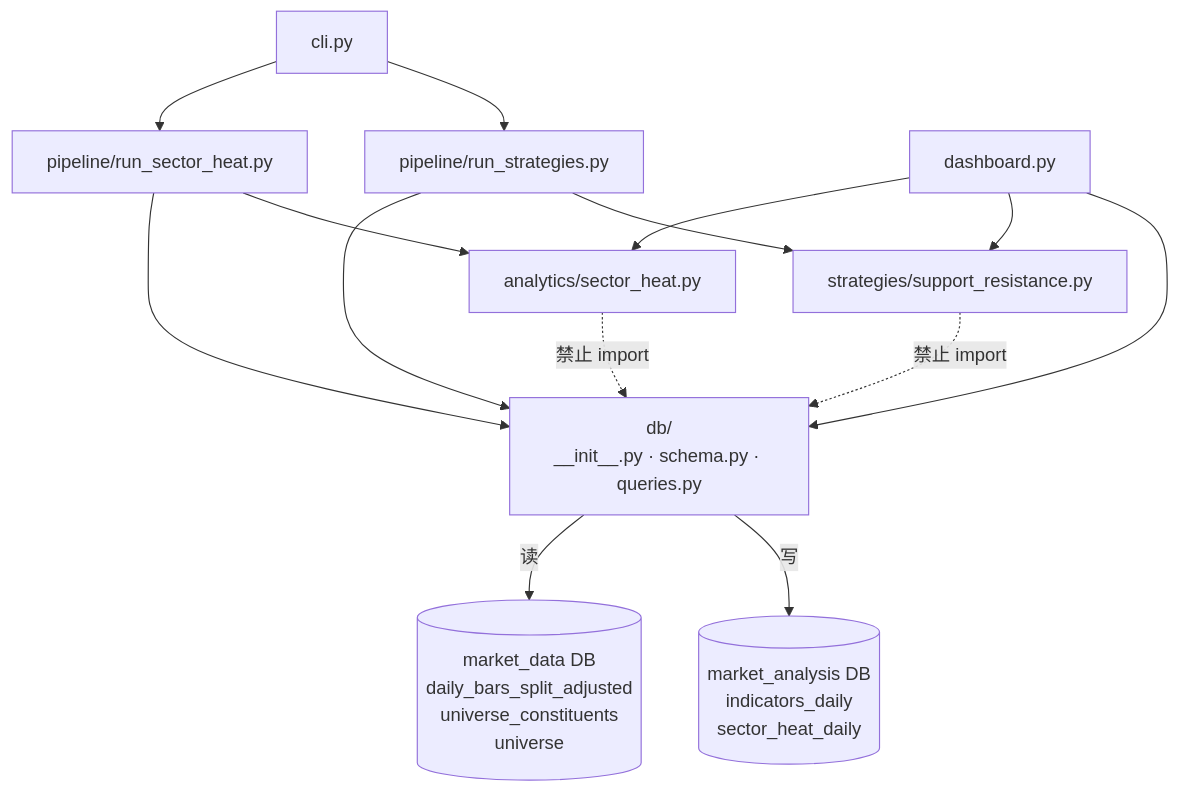
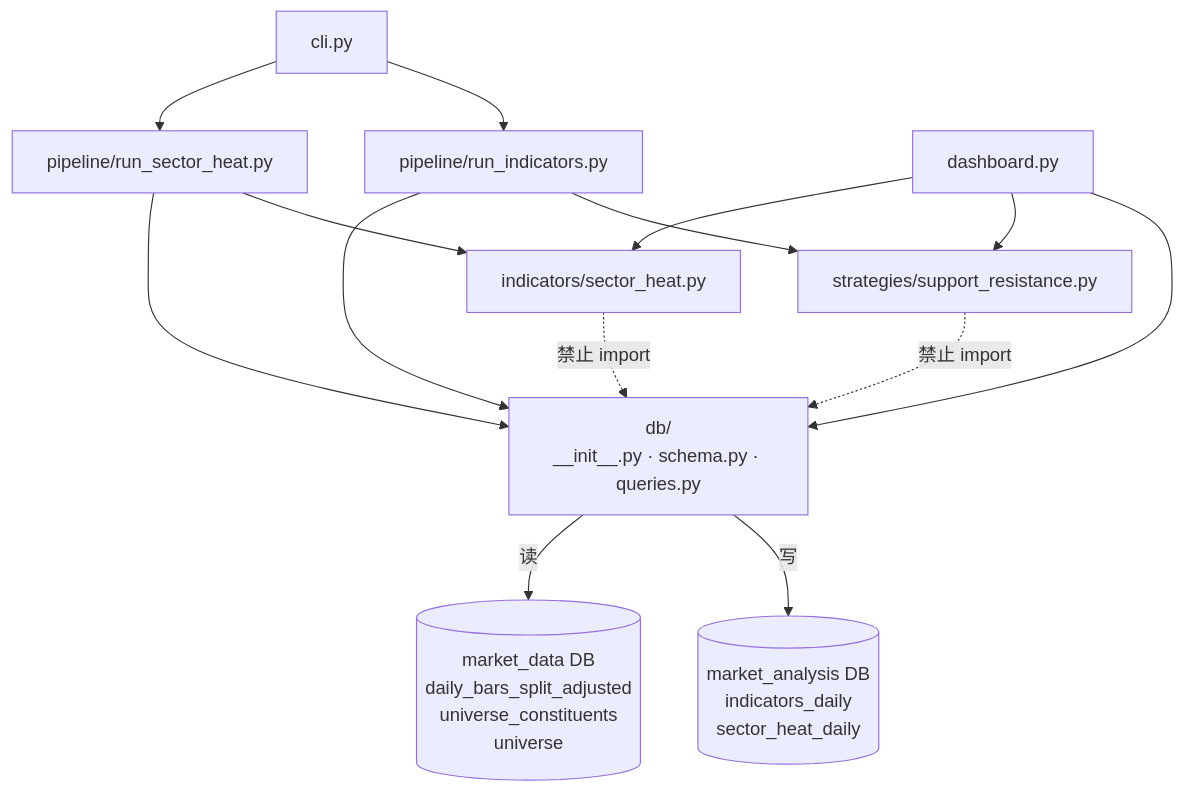
One commit to mason334/market_analysis changed the second of 2 diagrams in README.md. Above: the diagram before and after it, drawn with Mermaid. The commit also changed other lines of this file and 21 other files, not shown here.

````diff
--- a/README.md
+++ b/README.md
@@ -443,26 +464,26 @@
 ```mermaid
 flowchart TD
     CLI["cli.py"]
-    PIPE_SR["pipeline/run_strategies.py"]
+    PIPE_SR["pipeline/run_indicators.py"]
     PIPE_SH["pipeline/run_sector_heat.py"]
     STRAT["strategies/support_resistance.py"]
-    ANALYTICS["analytics/sector_heat.py"]
+    ANALYTICS["indicators/sector_heat.py"]
     DB["db/\n__init__.py · schema.py · queries.py"]
     DASH["dashboard.py"]
     PG_MA[("market_analysis DB\nindicators_daily\nsector_heat_daily")]
     PG_MD[("market_data DB\ndaily_bars_split_adjusted\nuniverse_constituents\nuniverse")]
 
     CLI --> PIPE_SR
     CLI --> PIPE_SH
     PIPE_SR --> STRAT
     PIPE_SR --> DB
     PIPE_SH --> ANALYTICS
     PIPE_SH --> DB
     DASH --> DB
     DASH --> STRAT
     DASH --> ANALYTICS
     DB -->|"写"| PG_MA
     DB -->|"读"| PG_MD
     STRAT -.->|"禁止 import"| DB
     ANALYTICS -.->|"禁止 import"| DB
 ```
````
